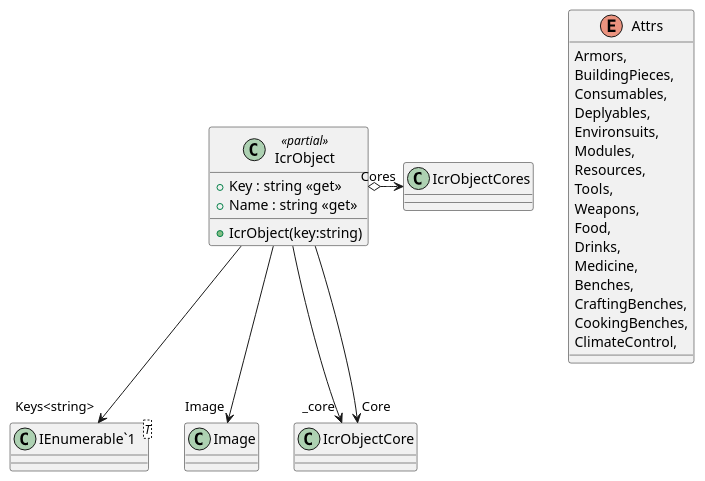
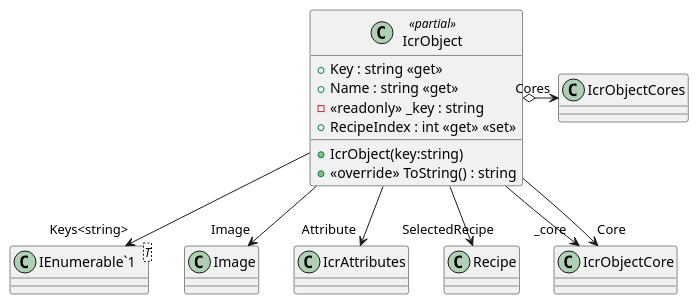
The diagram in plantuml/IcrObject.puml (MasudaAkio/IcarusUtil), drawn with PlantUML before and after one commit. The commit also changed 28 other files, not shown here.

```diff
--- a/plantuml/IcrObject.puml
+++ b/plantuml/IcrObject.puml
@@ -1,32 +1,19 @@
 @startuml
-enum Attrs {
-    Armors,
-    BuildingPieces,
-    Consumables,
-    Deplyables,
-    Environsuits,
-    Modules,
-    Resources,
-    Tools,
-    Weapons,
-    Food,
-    Drinks,
-    Medicine,
-    Benches,
-    CraftingBenches,
-    CookingBenches,
-    ClimateControl,
-}
 class IcrObject <<partial>> {
     + Key : string <<get>>
     + Name : string <<get>>
+    - <<readonly>> _key : string
     + IcrObject(key:string)
+    + RecipeIndex : int <<get>> <<set>>
+    + <<override>> ToString() : string
 }
 class "IEnumerable`1"<T> {
 }
 IcrObject o-> "Cores" IcrObjectCores
 IcrObject --> "Keys<string>" "IEnumerable`1"
 IcrObject --> "Image" Image
+IcrObject --> "Attribute" IcrAttributes
+IcrObject --> "SelectedRecipe" Recipe
 IcrObject --> "_core" IcrObjectCore
 IcrObject --> "Core" IcrObjectCore
 @enduml
```
